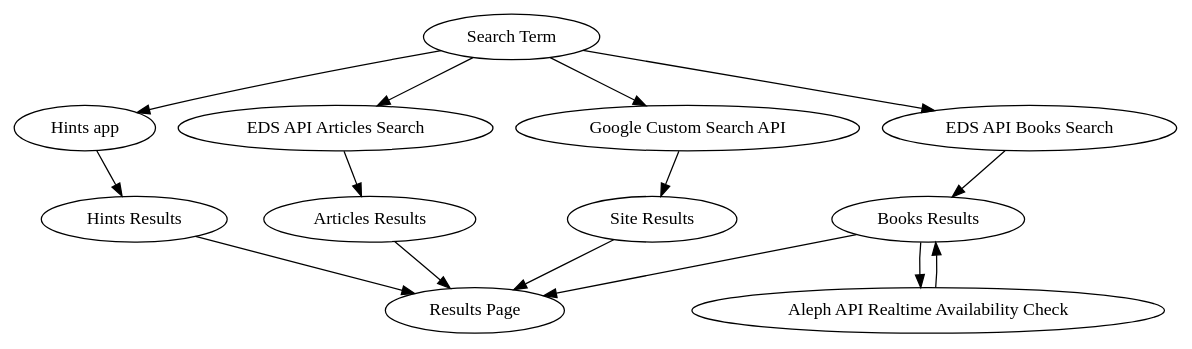
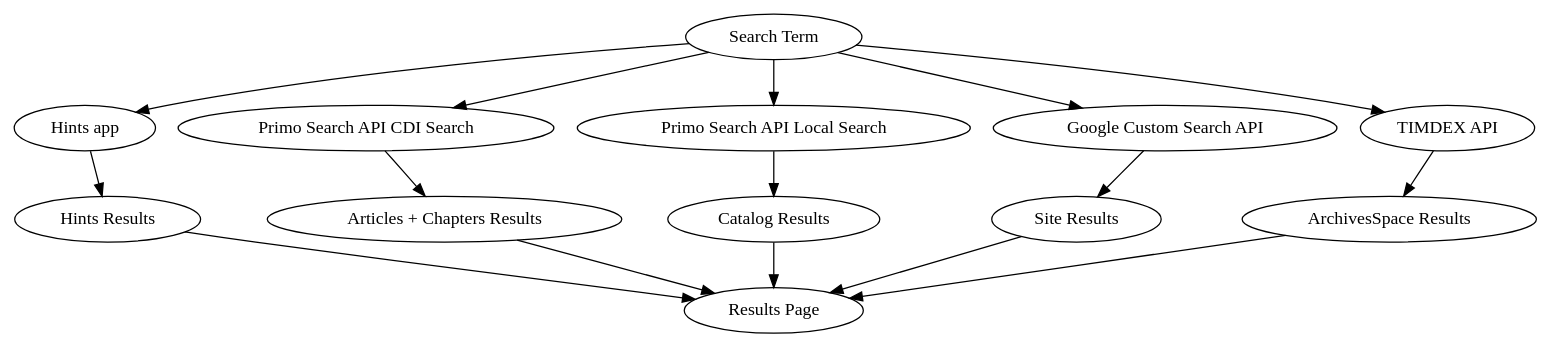
The diagram in docs/charts/bento_overview.dot (MITLibraries/bento), drawn with Graphviz before and after one commit. The commit also changed 160 other files, not shown here.

```diff
--- a/docs/charts/bento_overview.dot
+++ b/docs/charts/bento_overview.dot
@@ -1,23 +1,25 @@
 // dot docs/charts/bento_overview.dot -Tpng > docs/charts/bento_overview.png
 // requires installation of GraphViz (brew install graphviz, or
 // http://www.graphviz.org/Download..php if that doesn't work)
 
 digraph G {
   "Search Term" -> "Hints app"
   "Hints app" -> "Hints Results"
   "Hints Results" -> "Results Page"
 
-  "Search Term" -> "EDS API Articles Search"
-  "EDS API Articles Search" -> "Articles Results"
-  "Articles Results" -> "Results Page"
+  "Search Term" -> "Primo Search API CDI Search"
+  "Primo Search API CDI Search" -> "Articles + Chapters Results"
+  "Articles + Chapters Results" -> "Results Page"
 
-  "Search Term" -> "EDS API Books Search"
-  "EDS API Books Search" -> "Books Results"
-  "Books Results" -> "Aleph API Realtime Availability Check"
-  "Aleph API Realtime Availability Check" -> "Books Results"
-  "Books Results" -> "Results Page"
+  "Search Term" -> "Primo Search API Local Search"
+  "Primo Search API Local Search" -> "Catalog Results"
+  "Catalog Results" -> "Results Page"
 
   "Search Term" -> "Google Custom Search API"
   "Google Custom Search API" -> "Site Results"
   "Site Results" -> "Results Page"
+
+  "Search Term" -> "TIMDEX API"
+  "TIMDEX API" -> "ArchivesSpace Results"
+  "ArchivesSpace Results" -> "Results Page"
 }
```
